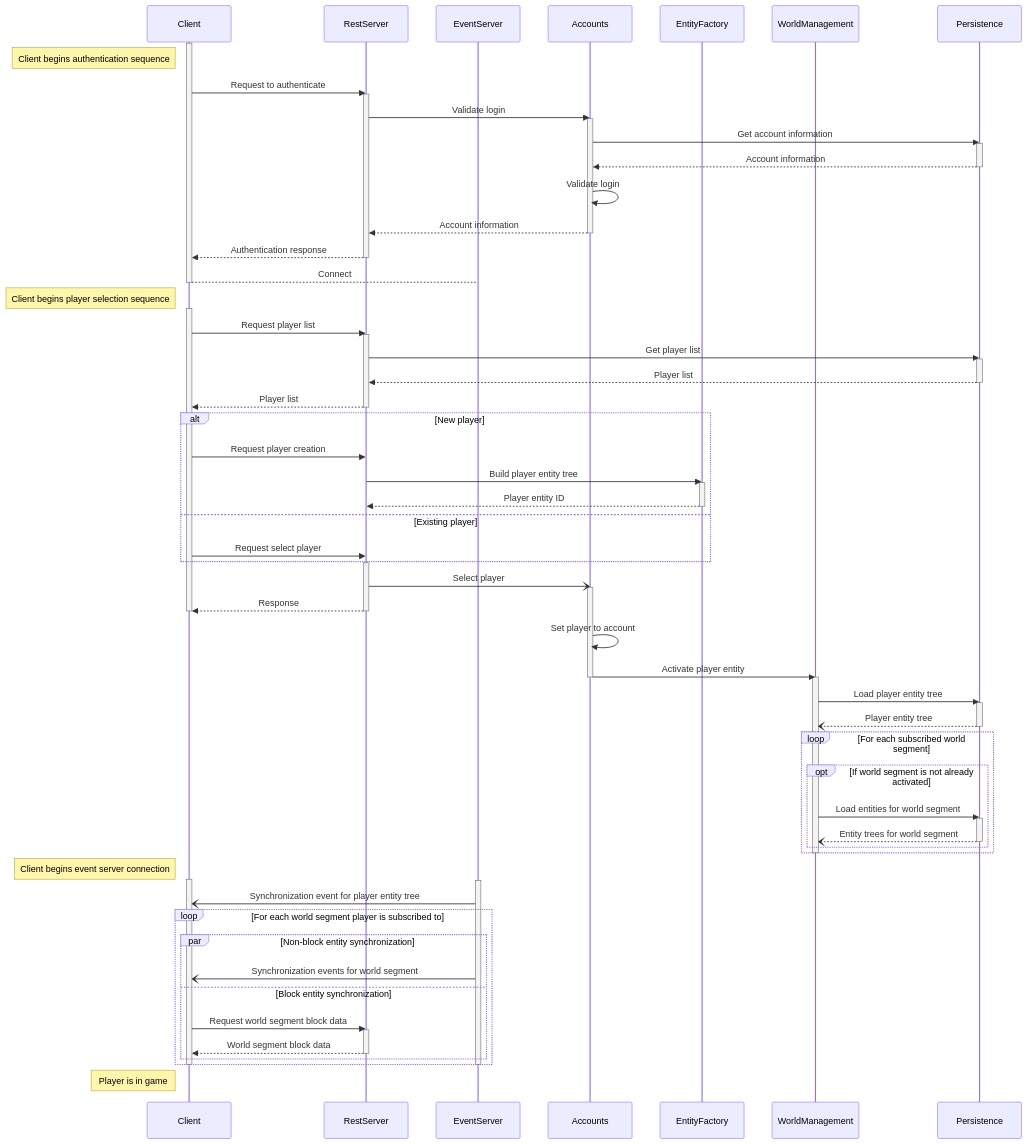
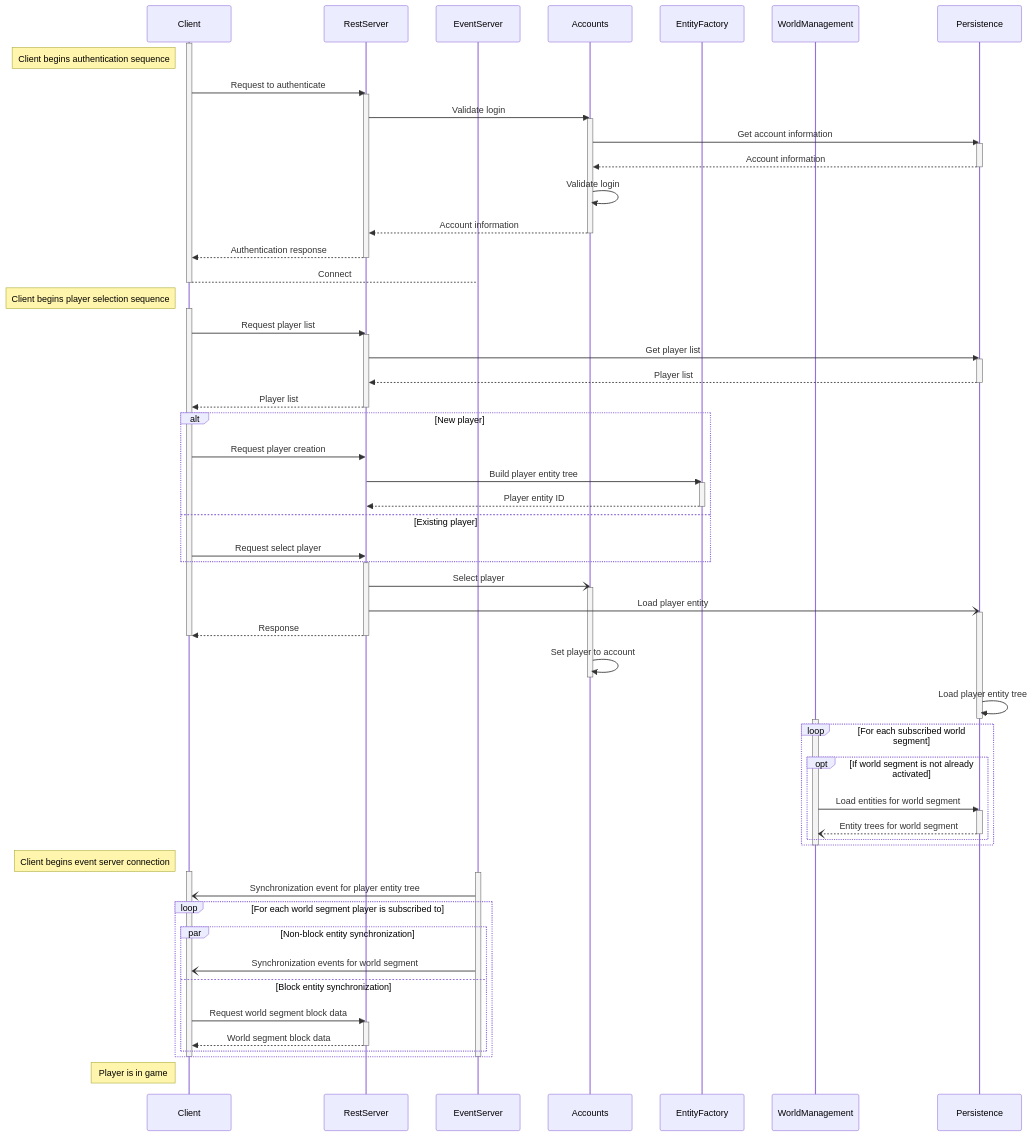
Before and after one commit to opticfluorine/sovereign: the diagram in docs/networking.md, drawn with Mermaid. The commit also changed 9 other files, not shown here.

Commit message:
Load player character entity tree when player selected during login

```diff
--- a/docs/networking.md
+++ b/docs/networking.md
@@ -175,17 +175,16 @@
     activate RestServer
     RestServer -) Accounts: Select player
     activate Accounts
+    RestServer -) Persistence: Load player entity
+    activate Persistence
     RestServer -->> Client: Response
     deactivate RestServer
     deactivate Client
     Accounts ->> Accounts: Set player to account
-    Accounts ->> WorldManagement: Activate player entity
     deactivate Accounts
+    Persistence ->> Persistence: Load player entity tree
+    deactivate Persistence
     activate WorldManagement
-    WorldManagement ->> Persistence: Load player entity tree
-    activate Persistence
-    Persistence --) WorldManagement: Player entity tree
-    deactivate Persistence
     loop For each subscribed world segment
          opt If world segment is not already activated
             WorldManagement ->> Persistence: Load entities for world segment
```
